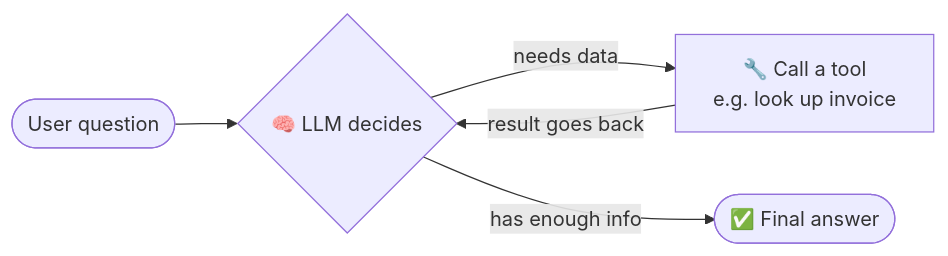
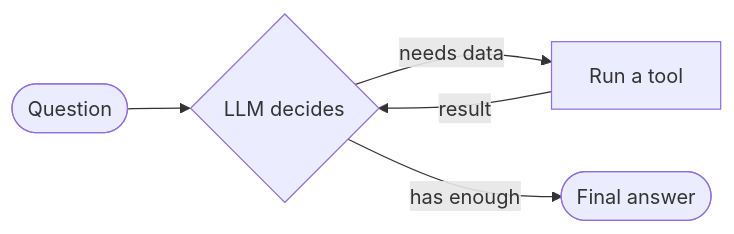
The second of 7 diagrams in notes/module-0.0.md (shivashankarhatkar/GraphSmith-), drawn with Mermaid before and after one commit. The commit also changed other lines of this file, not shown here.

````diff
--- a/notes/module-0.0.md
+++ b/notes/module-0.0.md
@@ -82,7 +37,7 @@
 ```mermaid
 flowchart LR
-    Q(["User question"]) --> M{"🧠 LLM decides"}
-    M -->|"needs data"| T["🔧 Call a tool<br/>e.g. look up invoice"]
-    T -->|"result goes back"| M
-    M -->|"has enough info"| ANS(["✅ Final answer"])
+    Q(["Question"]) --> M{"LLM decides"}
+    M -->|"needs data"| T["Run a tool"]
+    T -->|"result"| M
+    M -->|"has enough"| A(["Final answer"])
 ```
````
